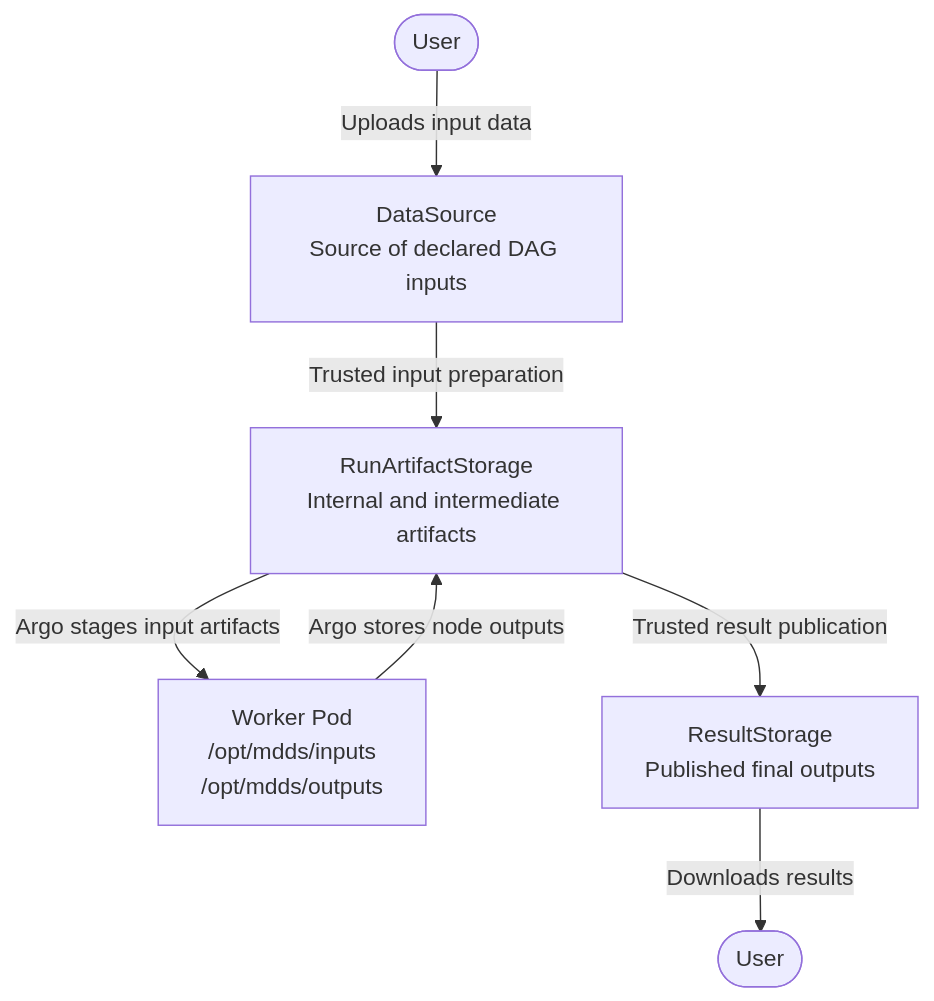
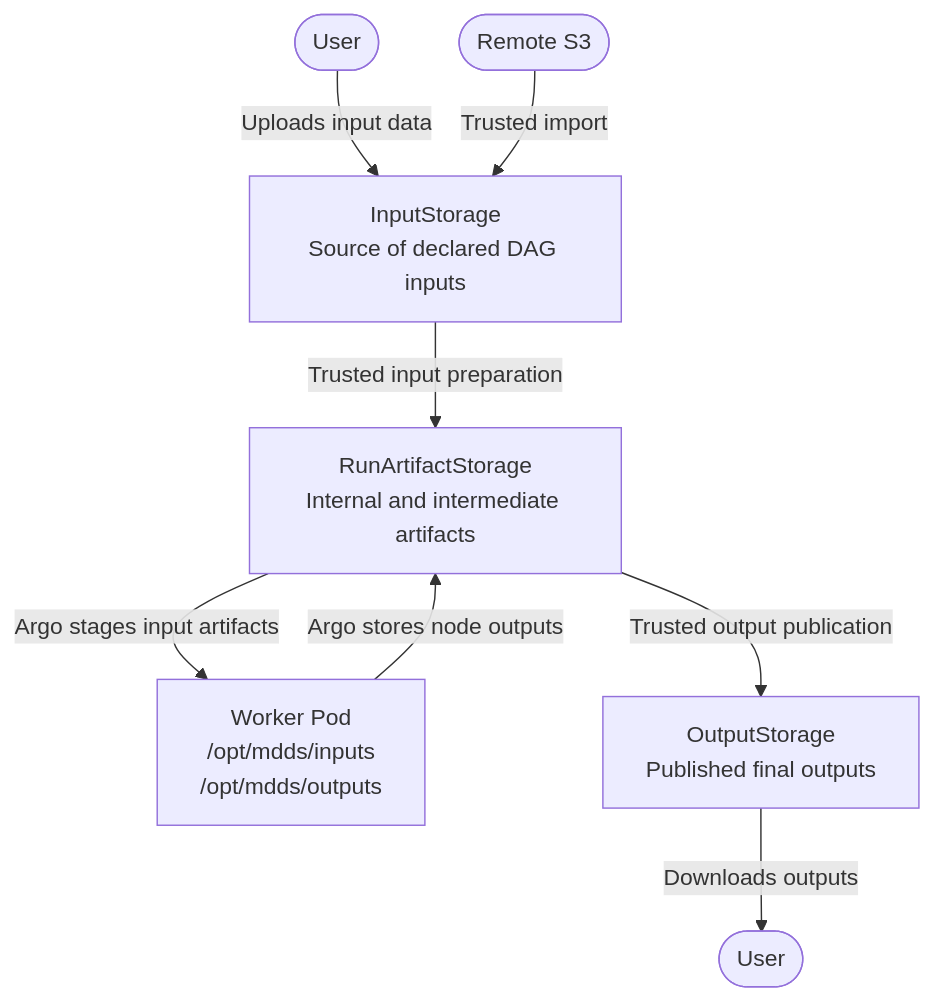
One commit to oleksiy-sayankin/mdds changed the sixth of 7 diagrams in mdds-docs/ARCHITECTURE.md. Above: the diagram before and after it, drawn with Mermaid. The commit also changed other lines of this file, not shown here.

````diff
--- a/mdds-docs/ARCHITECTURE.md
+++ b/mdds-docs/ARCHITECTURE.md
@@ -955,16 +1075,18 @@
 ```mermaid
 flowchart TD
     USER_UPLOAD(["User"])
-    DATA_SOURCE["DataSource<br/>Source of declared DAG inputs"]
+    REMOTE_S3(["Remote S3"])
+    INPUT_STORAGE["InputStorage<br/>Source of declared DAG inputs"]
     WORKER_POD["Worker Pod<br/>/opt/mdds/inputs<br/>/opt/mdds/outputs"]
     RUN_STORAGE["RunArtifactStorage<br/>Internal and intermediate artifacts"]
-    RESULT_STORAGE["ResultStorage<br/>Published final outputs"]
+    OUTPUT_STORAGE["OutputStorage<br/>Published final outputs"]
     USER_DOWNLOAD(["User"])
 
-    USER_UPLOAD -->|"Uploads input data"| DATA_SOURCE
-    DATA_SOURCE -->|"Trusted input preparation"| RUN_STORAGE
+    USER_UPLOAD -->|"Uploads input data"| INPUT_STORAGE
+    REMOTE_S3 -->|"Trusted import"| INPUT_STORAGE
+    INPUT_STORAGE -->|"Trusted input preparation"| RUN_STORAGE
     RUN_STORAGE -->|"Argo stages input artifacts"| WORKER_POD
     WORKER_POD -->|"Argo stores node outputs"| RUN_STORAGE
-    RUN_STORAGE -->|"Trusted result publication"| RESULT_STORAGE
-    RESULT_STORAGE -->|"Downloads results"| USER_DOWNLOAD
+    RUN_STORAGE -->|"Trusted output publication"| OUTPUT_STORAGE
+    OUTPUT_STORAGE -->|"Downloads outputs"| USER_DOWNLOAD
 ```
````
